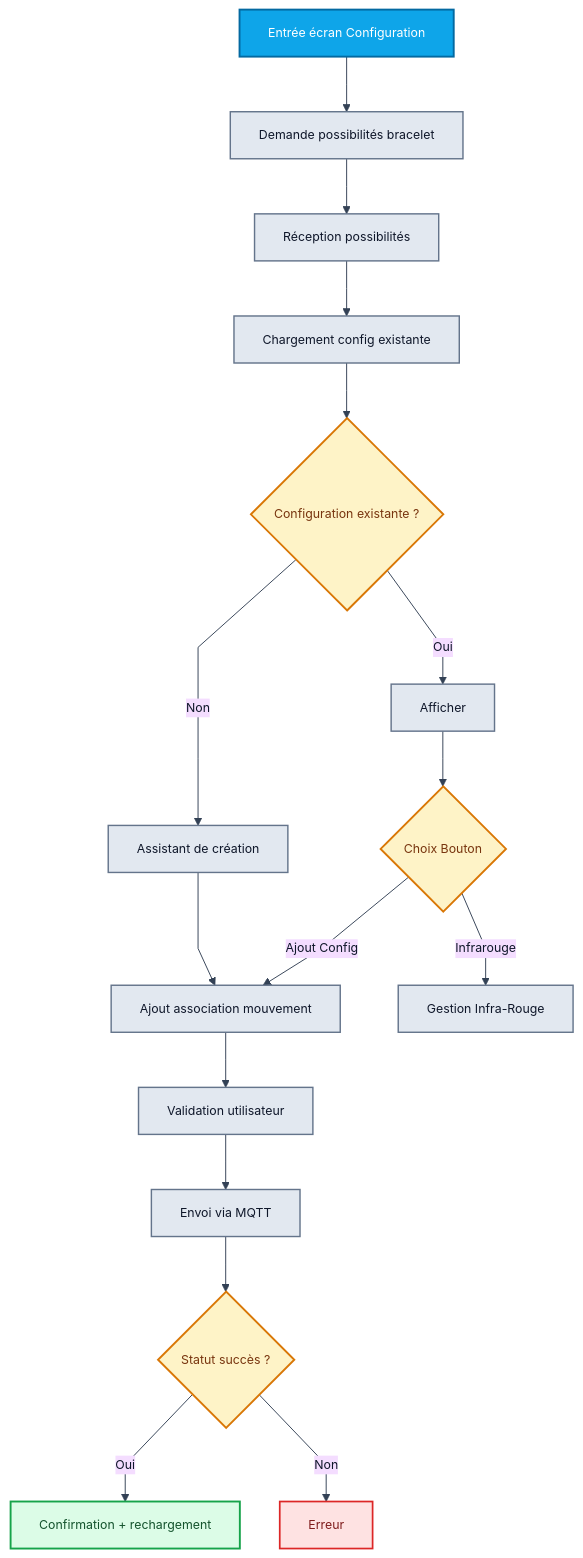
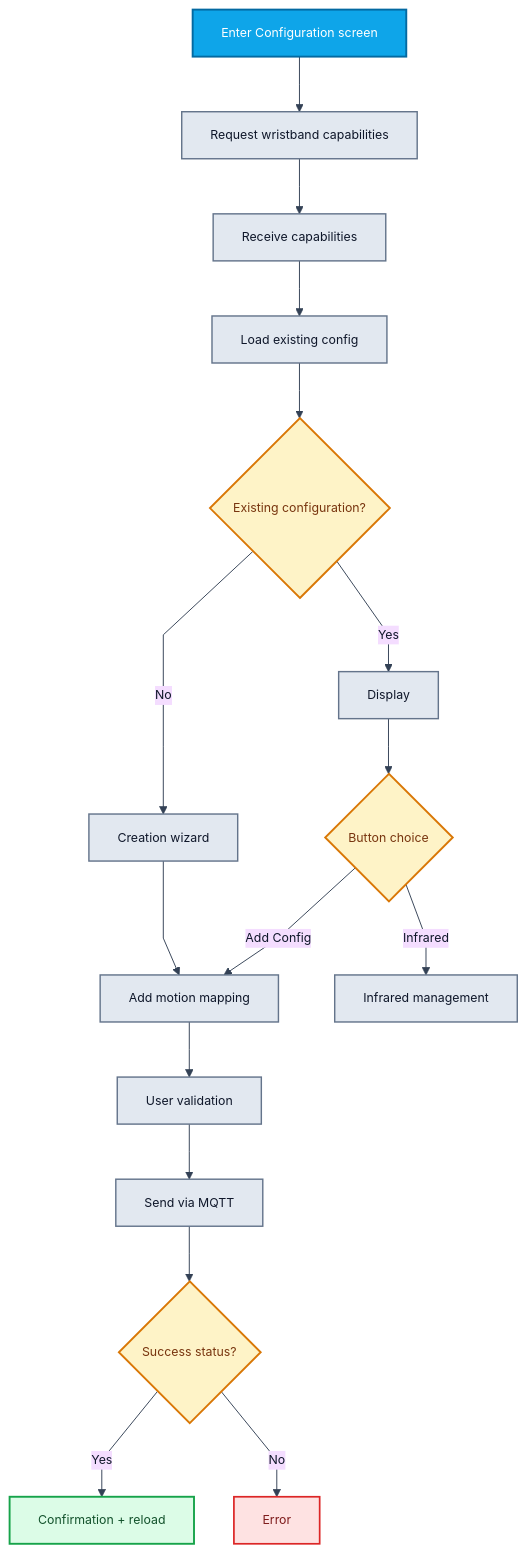
One commit to Kacper264/WaveControl-Mobile_App changed the fifth of 8 diagrams in LOGIGRAMMES_MERMAID.md. Above: the diagram before and after it, drawn with Mermaid. The commit also changed other lines of this file and 41 other files, not shown here.

Commit message:
V3 - Ajout picto V, icon changed, ajout tuile infos, modif bouton

````diff
--- a/LOGIGRAMMES_MERMAID.md
+++ b/LOGIGRAMMES_MERMAID.md
@@ -177,55 +177,55 @@
 ```mermaid
 ---
 config:
   theme: base
   flowchart:
     nodeSpacing: 42
     rankSpacing: 58
     curve: linear
   themeVariables:
     fontSize: 13px
     lineColor: '#334155'
     primaryTextColor: '#0f172a'
     fontFamily: Inter,Segoe UI,Arial
   layout: fixed
 ---
 flowchart TB
-    A["Entrée écran Configuration"] --> B["Demande possibilités bracelet"]
-    B --> C["Réception possibilités"]
-    C --> D["Chargement config existante"]
-    D --> E{"Configuration existante ?"}
-    E -- Oui --> F["Afficher"]
-    E -- Non --> G["Assistant de création"]
-    G --> H["Ajout association mouvement"]
-    H --> I["Validation utilisateur"]
-    I --> J["Envoi via MQTT"]
-    J --> K{"Statut succès ?"}
-    K -- Oui --> L["Confirmation + rechargement"]
-    K -- Non --> M["Erreur"]
-    F --> n1["Choix Bouton"]
-    n1 -- Ajout Config --> H
-    n1 -- Infrarouge --> n2["Gestion Infra-Rouge"]
+  A["Enter Configuration screen"] --> B["Request wristband capabilities"]
+  B --> C["Receive capabilities"]
+  C --> D["Load existing config"]
+  D --> E{"Existing configuration?"}
+  E -- Yes --> F["Display"]
+  E -- No --> G["Creation wizard"]
+  G --> H["Add motion mapping"]
+  H --> I["User validation"]
+  I --> J["Send via MQTT"]
+  J --> K{"Success status?"}
+  K -- Yes --> L["Confirmation + reload"]
+  K -- No --> M["Error"]
+  F --> n1["Button choice"]
+  n1 -- Add Config --> H
+  n1 -- Infrared --> n2["Infrared management"]
 
     n1@{ shape: diam}
     n2@{ shape: rect}
      A:::start
      B:::action
      C:::action
      D:::action
      E:::decision
      F:::action
      G:::action
      H:::action
      I:::action
      J:::action
      K:::decision
      L:::result
      M:::warning
      n1:::decision
      n2:::action
     classDef start fill:#0ea5e9,stroke:#0369a1,color:#ffffff,stroke-width:2px
     classDef action fill:#e2e8f0,stroke:#64748b,color:#0f172a,stroke-width:1.5px
     classDef decision fill:#fef3c7,stroke:#d97706,color:#78350f,stroke-width:2px
     classDef result fill:#dcfce7,stroke:#16a34a,color:#14532d,stroke-width:2px
     classDef warning fill:#fee2e2,stroke:#dc2626,color:#7f1d1d,stroke-width:1.8px
 ```
````
